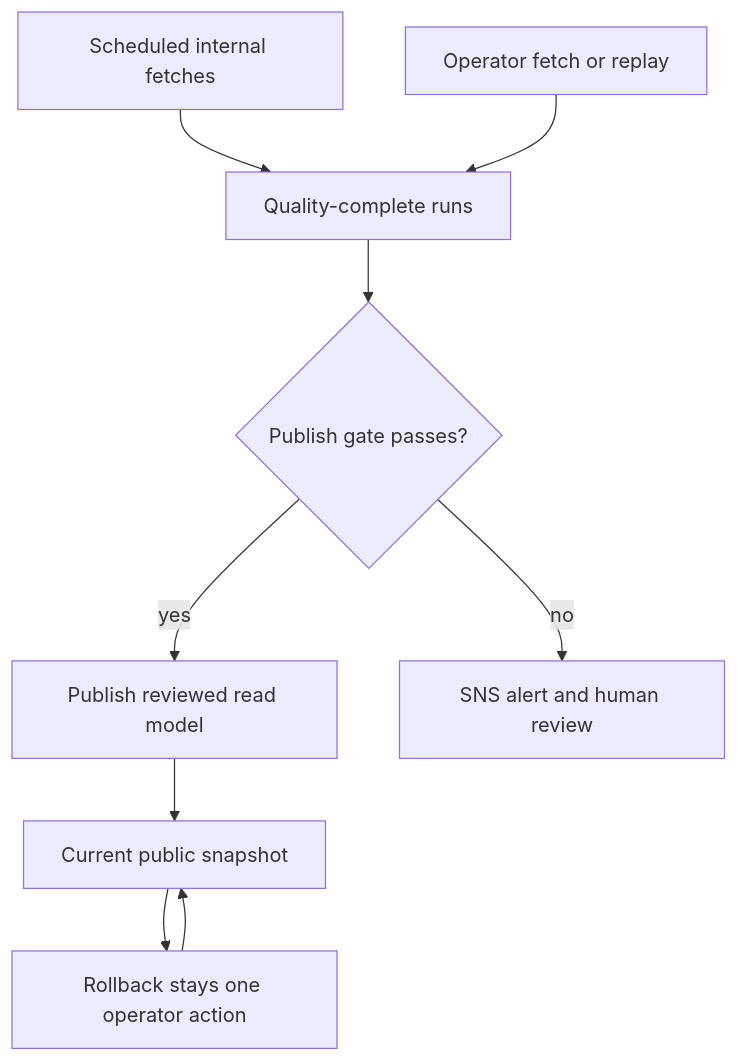
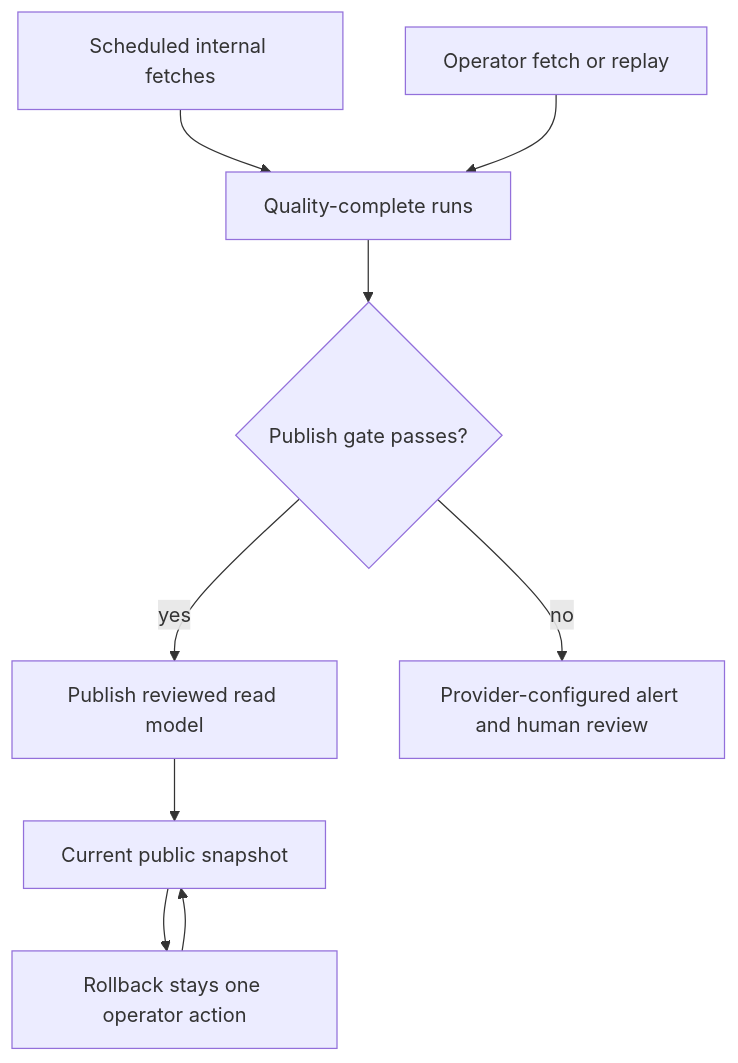
One commit to rudrakshbhandari/nyaaywatch changed the second of 2 diagrams in README.md. Above: the diagram before and after it, drawn with Mermaid. The commit also changed other lines of this file and 43 other files, not shown here.

````diff
--- a/README.md
+++ b/README.md
@@ -118,11 +118,11 @@
 ```mermaid
 flowchart TD
   scheduled["Scheduled internal fetches"] --> reviewed["Quality-complete runs"]
   operator["Operator fetch or replay"] --> reviewed
   reviewed --> gate{"Publish gate passes?"}
   gate -->|yes| publish["Publish reviewed read model"]
-  gate -->|no| alert["SNS alert and human review"]
+  gate -->|no| alert["Provider-configured alert and human review"]
   publish --> current["Current public snapshot"]
   current --> rollback["Rollback stays one operator action"]
   rollback --> current
 ```
````
